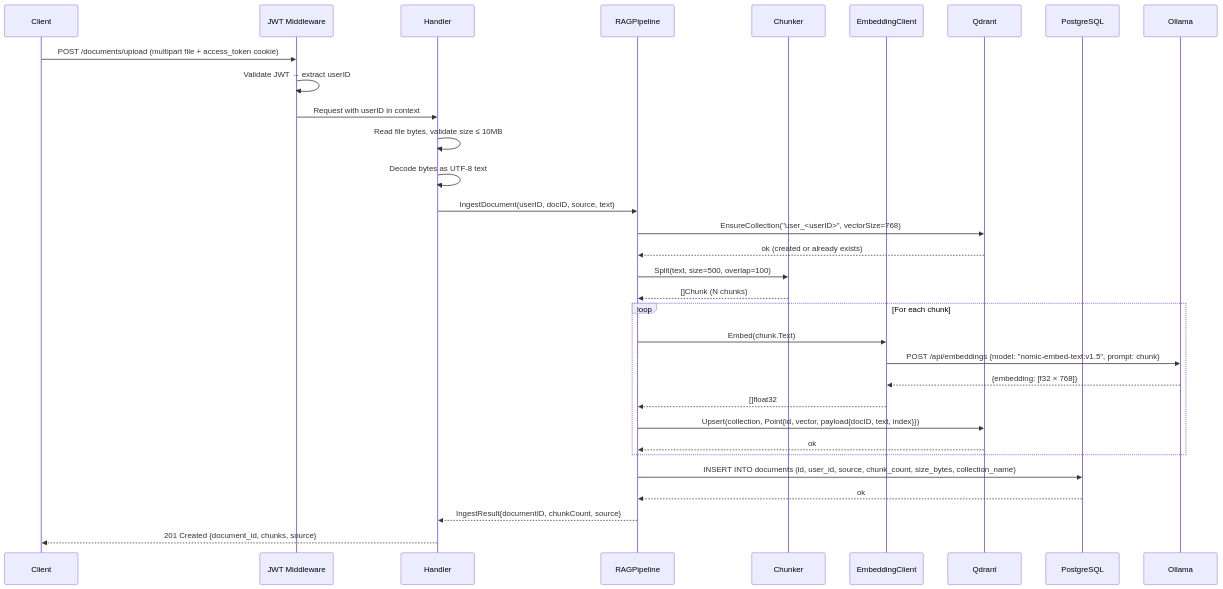
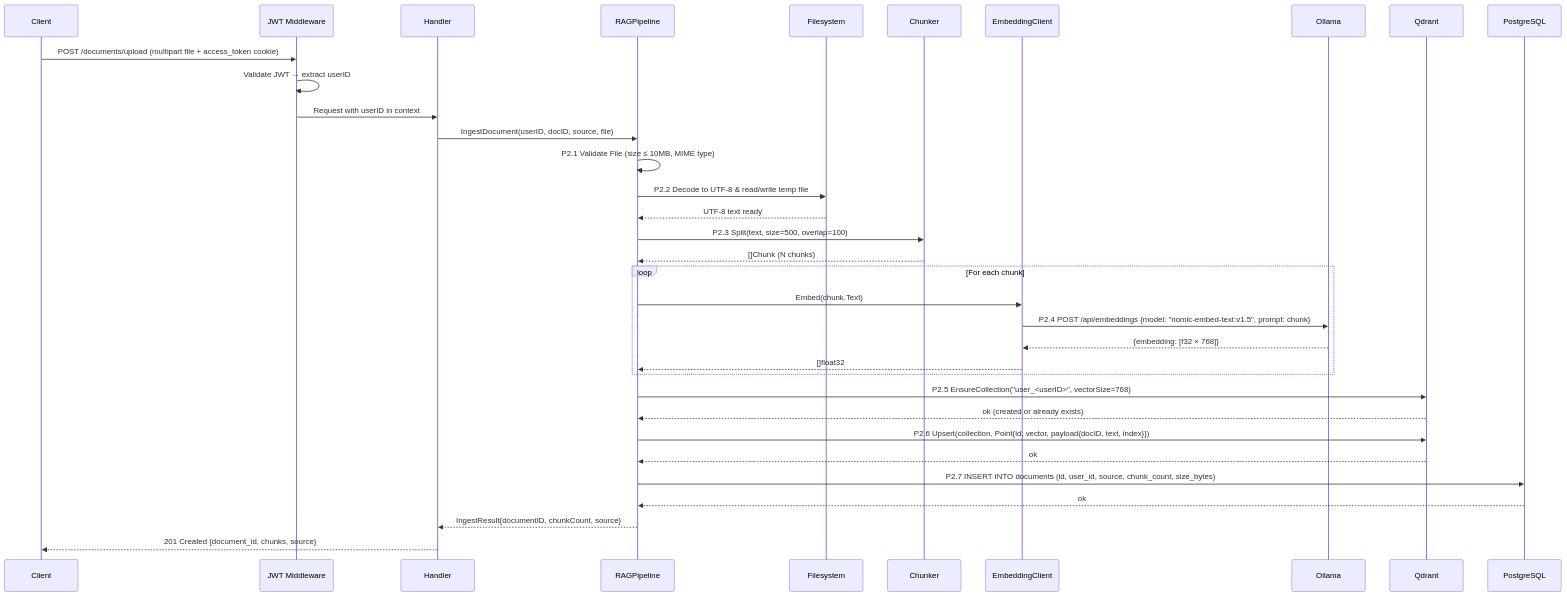
Before and after one commit to ABDELRAHMAN-ELRAYES/Vai: the fifth of 8 diagrams in docs/diagrams/Sequence_Diagrams.md, drawn with Mermaid. The commit also changed other lines of this file and 3 other files, not shown here.

Commit message:
Doc: Some updates on the file ingestion diagrams

````diff
--- a/docs/diagrams/Sequence_Diagrams.md
+++ b/docs/diagrams/Sequence_Diagrams.md
@@ -174,35 +183,44 @@
 ```mermaid
 sequenceDiagram
     participant C as Client
     participant MW as JWT Middleware
     participant H as Handler
     participant RP as RAGPipeline
+    participant FS as Filesystem
     participant CH as Chunker
     participant EC as EmbeddingClient
+    participant OL as Ollama
     participant QD as Qdrant
     participant DB as PostgreSQL
-    participant OL as Ollama
 
     C->>MW: POST /documents/upload (multipart file + access_token cookie)
     MW->>MW: Validate JWT → extract userID
     MW->>H: Request with userID in context
-    H->>H: Read file bytes, validate size ≤ 10MB
-    H->>H: Decode bytes as UTF-8 text
-    H->>RP: IngestDocument(userID, docID, source, text)
-    RP->>QD: EnsureCollection("user_<userID>", vectorSize=768)
-    QD-->>RP: ok (created or already exists)
-    RP->>CH: Split(text, size=500, overlap=100)
+    H->>RP: IngestDocument(userID, docID, source, file)
+    
+    RP->>RP: P2.1 Validate File (size ≤ 10MB, MIME type)
+    RP->>FS: P2.2 Decode to UTF-8 & read/write temp file
+    FS-->>RP: UTF-8 text ready
+    
+    RP->>CH: P2.3 Split(text, size=500, overlap=100)
     CH-->>RP: []Chunk (N chunks)
+    
     loop For each chunk
         RP->>EC: Embed(chunk.Text)
-        EC->>OL: POST /api/embeddings {model: "nomic-embed-text:v1.5", prompt: chunk}
+        EC->>OL: P2.4 POST /api/embeddings {model: "nomic-embed-text:v1.5", prompt: chunk}
         OL-->>EC: {embedding: [f32 × 768]}
         EC-->>RP: []float32
-        RP->>QD: Upsert(collection, Point{id, vector, payload{docID, text, index}})
-        QD-->>RP: ok
     end
-    RP->>DB: INSERT INTO documents (id, user_id, source, chunk_count, size_bytes, collection_name)
+    
+    RP->>QD: P2.5 EnsureCollection("user_<userID>", vectorSize=768)
+    QD-->>RP: ok (created or already exists)
+    
+    RP->>QD: P2.6 Upsert(collection, Point{id, vector, payload{docID, text, index}})
+    QD-->>RP: ok
+    
+    RP->>DB: P2.7 INSERT INTO documents (id, user_id, source, chunk_count, size_bytes)
     DB-->>RP: ok
+    
     RP-->>H: IngestResult{documentID, chunkCount, source}
     H-->>C: 201 Created {document_id, chunks, source}
 ```
````
